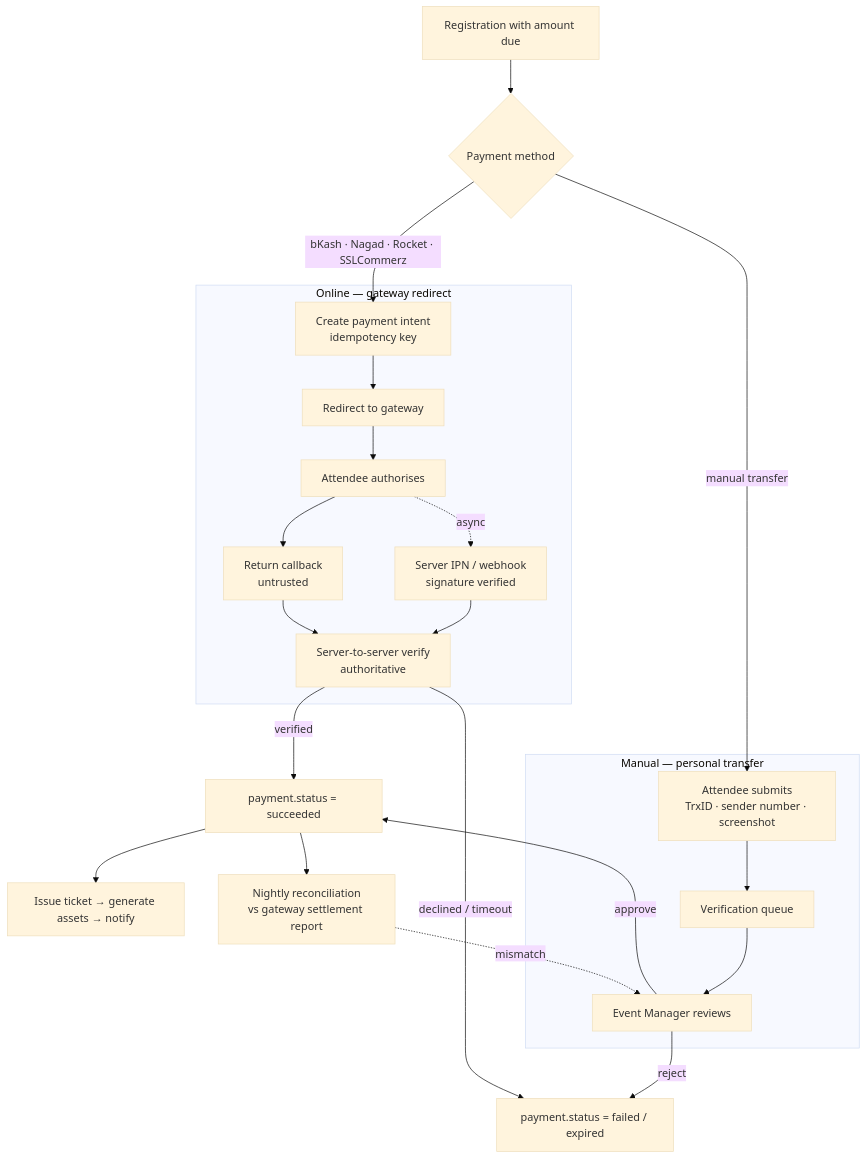
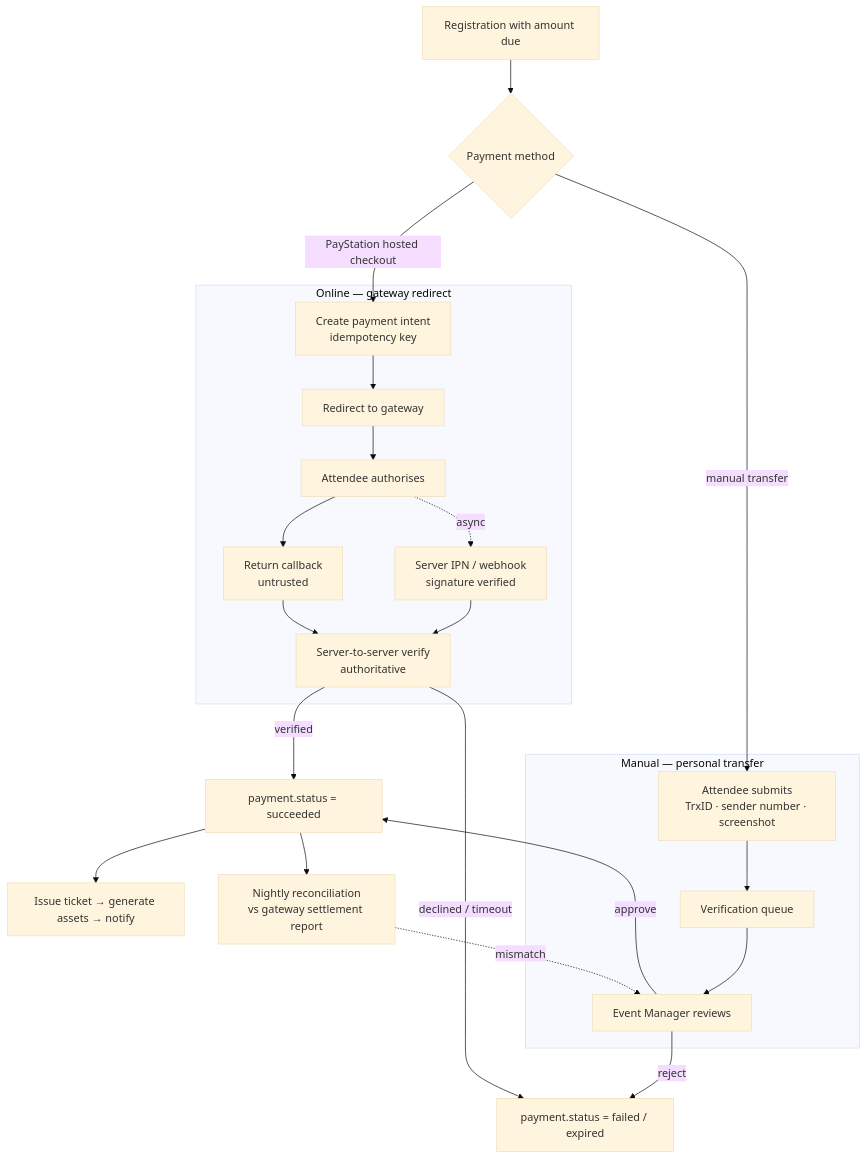
The seventh of 7 diagrams in docs/01-system-architecture.md (mominuldev/decent-event-management), drawn with Mermaid (base theme) before and after one commit. The commit also changed other lines of this file and 54 other files, not shown here.

````diff
--- a/docs/01-system-architecture.md
+++ b/docs/01-system-architecture.md
@@ -383,41 +383,41 @@
 ```mermaid
 graph TB
     REG["Registration with amount due"]
     SEL{"Payment method"}
 
     subgraph online["Online — gateway redirect"]
         INI["Create payment intent<br/>idempotency key"]
         RDR["Redirect to gateway"]
         USR["Attendee authorises"]
         CBK["Return callback<br/>untrusted"]
         IPN["Server IPN / webhook<br/>signature verified"]
         VRF["Server-to-server verify<br/>authoritative"]
     end
 
     subgraph manual["Manual — personal transfer"]
         SUB["Attendee submits<br/>TrxID · sender number · screenshot"]
         QUE["Verification queue"]
         ADM["Event Manager reviews"]
     end
 
     OK["payment.status = succeeded"]
     FAIL["payment.status = failed / expired"]
     TIC["Issue ticket → generate assets → notify"]
     REC["Nightly reconciliation<br/>vs gateway settlement report"]
 
     REG --> SEL
-    SEL -->|bKash · Nagad · Rocket · SSLCommerz| INI --> RDR --> USR --> CBK
+    SEL -->|PayStation hosted checkout| INI --> RDR --> USR --> CBK
     USR -.async.-> IPN
     CBK --> VRF
     IPN --> VRF
     VRF -->|verified| OK
     VRF -->|declined / timeout| FAIL
 
     SEL -->|manual transfer| SUB --> QUE --> ADM
     ADM -->|approve| OK
     ADM -->|reject| FAIL
 
     OK --> TIC
     OK --> REC
     REC -.mismatch.-> ADM
 ```
````
